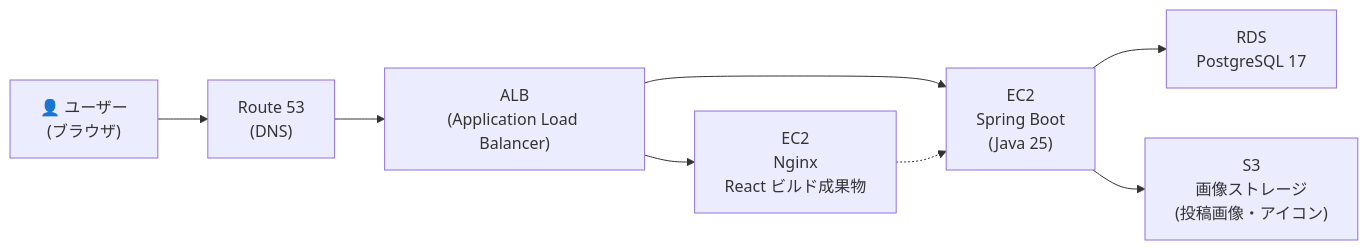
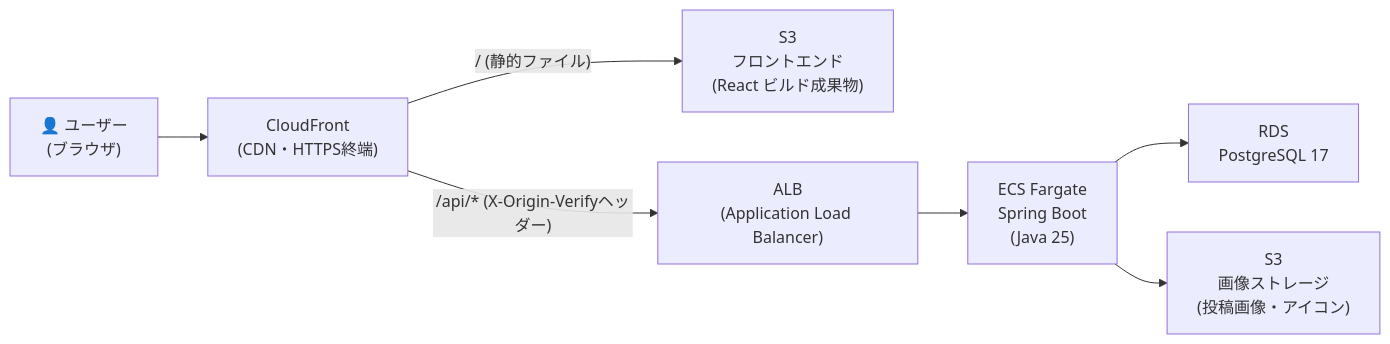
Before and after one commit to yamamotonaoki3/RaiseTimeLine: the first of 3 diagrams in docs/details/system-architecture.md, drawn with Mermaid. The commit also changed other lines of this file and 3 other files, not shown here.

````diff
--- a/docs/details/system-architecture.md
+++ b/docs/details/system-architecture.md
@@ -11,18 +11,17 @@
 ```mermaid
 flowchart LR
     User["👤 ユーザー\n(ブラウザ)"]
-    Route53["Route 53\n(DNS)"]
+    CloudFront["CloudFront\n(CDN・HTTPS終端)"]
+    S3Frontend["S3\nフロントエンド\n(React ビルド成果物)"]
     ALB["ALB\n(Application Load Balancer)"]
-    EC2_FE["EC2\nNginx\nReact ビルド成果物"]
-    EC2_BE["EC2\nSpring Boot\n(Java 25)"]
+    ECS["ECS Fargate\nSpring Boot\n(Java 25)"]
     RDS["RDS\nPostgreSQL 17"]
-    S3["S3\n画像ストレージ\n(投稿画像・アイコン)"]
+    S3Images["S3\n画像ストレージ\n(投稿画像・アイコン)"]
 
-    User --> Route53
-    Route53 --> ALB
-    ALB --> EC2_FE
-    ALB --> EC2_BE
-    EC2_BE --> RDS
-    EC2_BE --> S3
-    EC2_FE -.-> EC2_BE
+    User --> CloudFront
+    CloudFront -- "/ (静的ファイル)" --> S3Frontend
+    CloudFront -- "/api/* (X-Origin-Verifyヘッダー)" --> ALB
+    ALB --> ECS
+    ECS --> RDS
+    ECS --> S3Images
 ```
````
